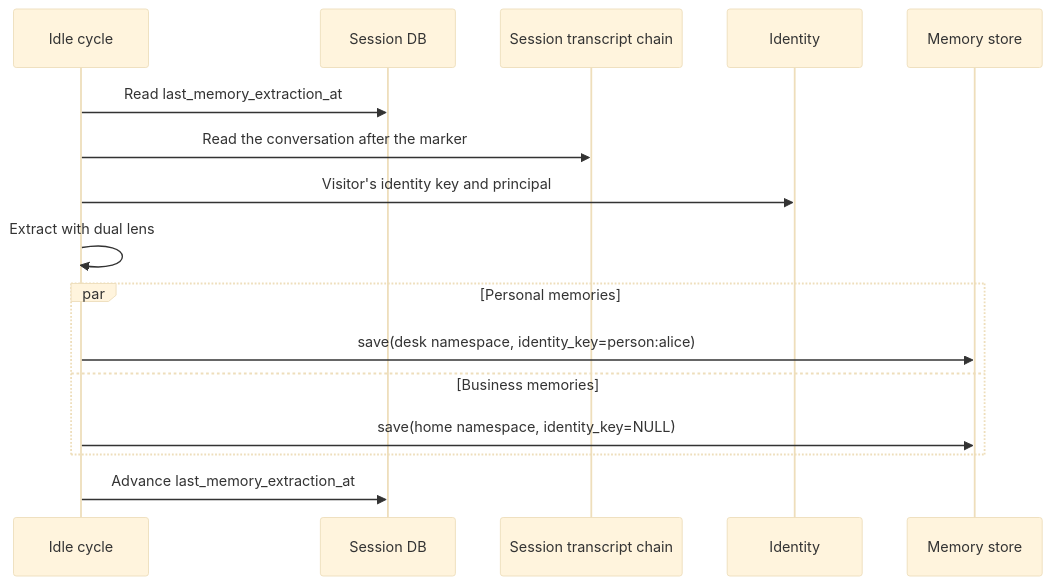
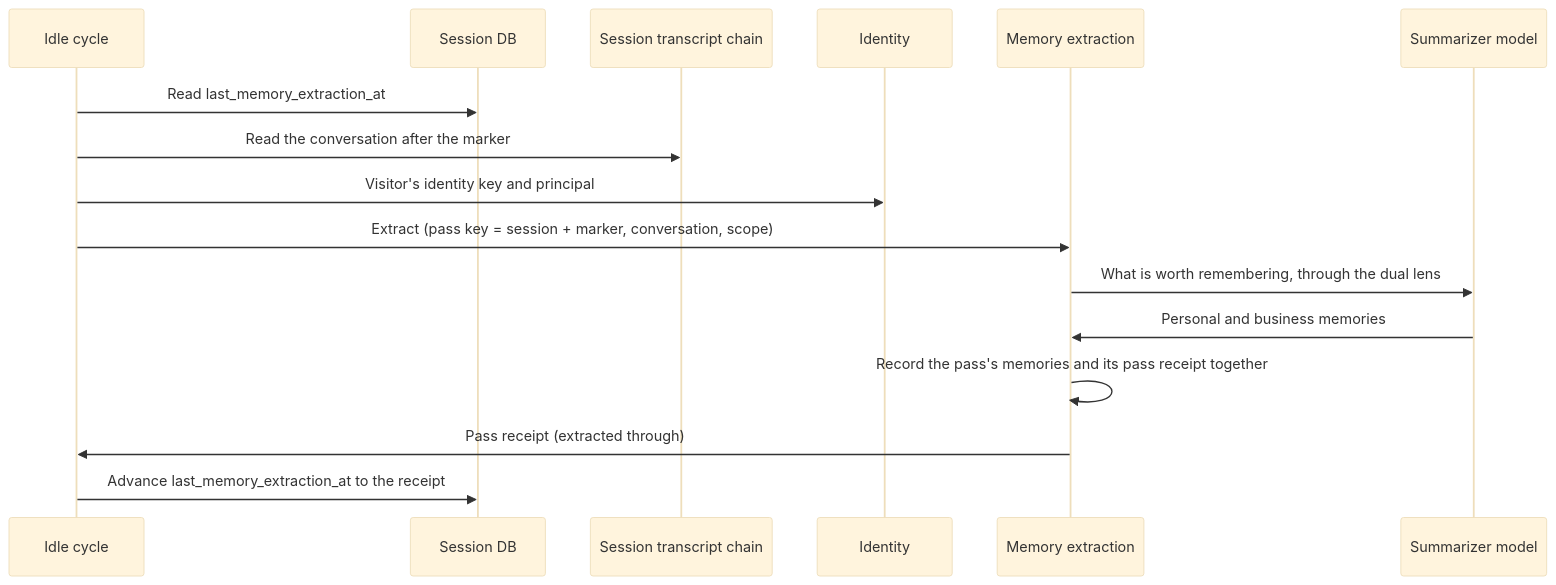
One commit to InstruktAI/TeleClaude changed the tenth of 17 diagrams in docs/local/design/architecture/help-desk-platform.md. Above: the diagram before and after it, drawn with Mermaid (base theme). The commit also changed other lines of this file and 1 other file, not shown here.

First line of the commit message:
docs(help-desk): extraction judged by memory's model, recorded per pass; fix UC-DV14 [skip ci]

````diff
--- a/docs/local/design/architecture/help-desk-platform.md
+++ b/docs/local/design/architecture/help-desk-platform.md
@@ -805,19 +806,19 @@
 ```mermaid
 sequenceDiagram
     participant Cycle as Idle cycle
     participant DB as Session DB
     participant Transcript as Session transcript chain
     participant Identity as Identity
-    participant Memory as Memory store
+    participant Memory as Memory extraction
+    participant Model as Summarizer model
 
     Cycle->>DB: Read last_memory_extraction_at
     Cycle->>Transcript: Read the conversation after the marker
     Cycle->>Identity: Visitor's identity key and principal
-    Cycle->>Cycle: Extract with dual lens
-    par Personal memories
-        Cycle->>Memory: save(desk namespace, identity_key=person:alice)
-    and Business memories
-        Cycle->>Memory: save(home namespace, identity_key=NULL)
-    end
-    Cycle->>DB: Advance last_memory_extraction_at
+    Cycle->>Memory: Extract (pass key = session + marker, conversation, scope)
+    Memory->>Model: What is worth remembering, through the dual lens
+    Model->>Memory: Personal and business memories
+    Memory->>Memory: Record the pass's memories and its pass receipt together
+    Memory->>Cycle: Pass receipt (extracted through)
+    Cycle->>DB: Advance last_memory_extraction_at to the receipt
 ```
````
